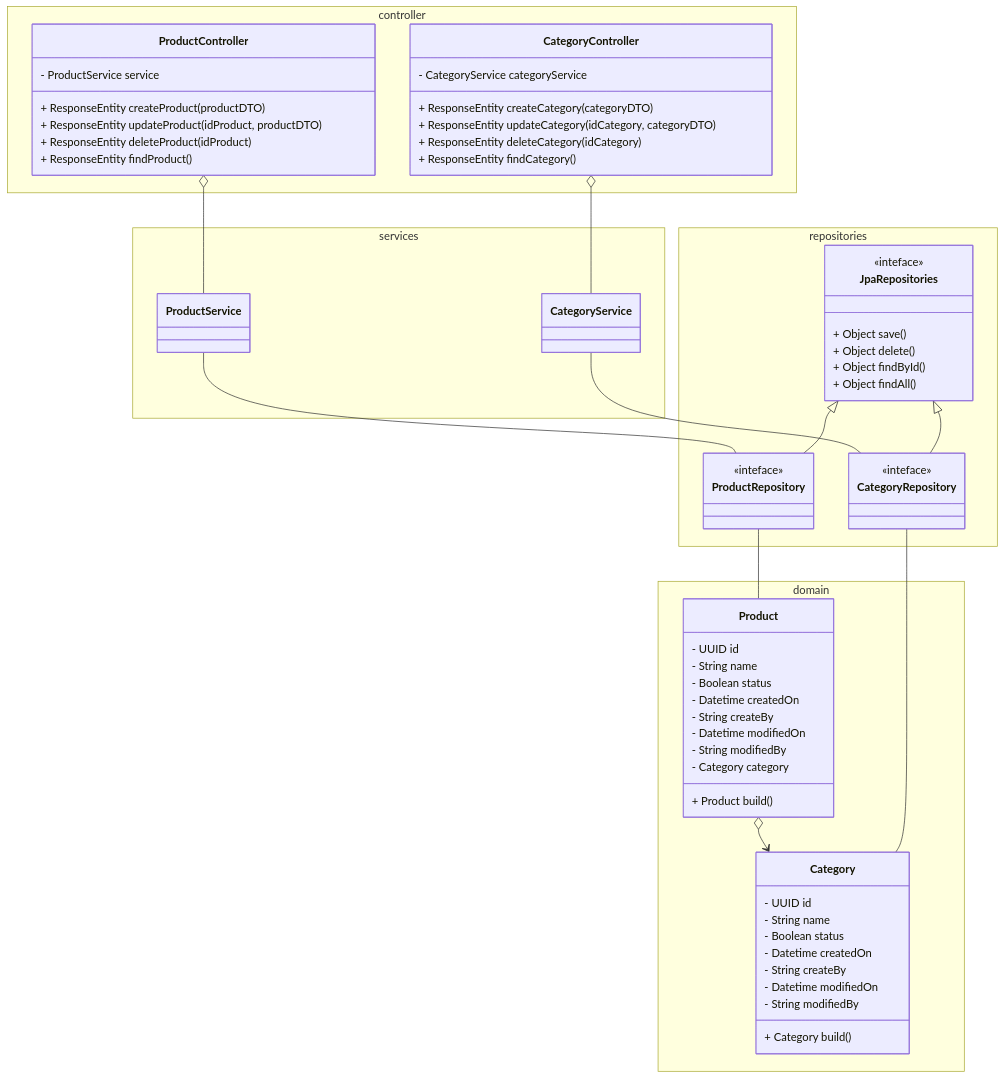
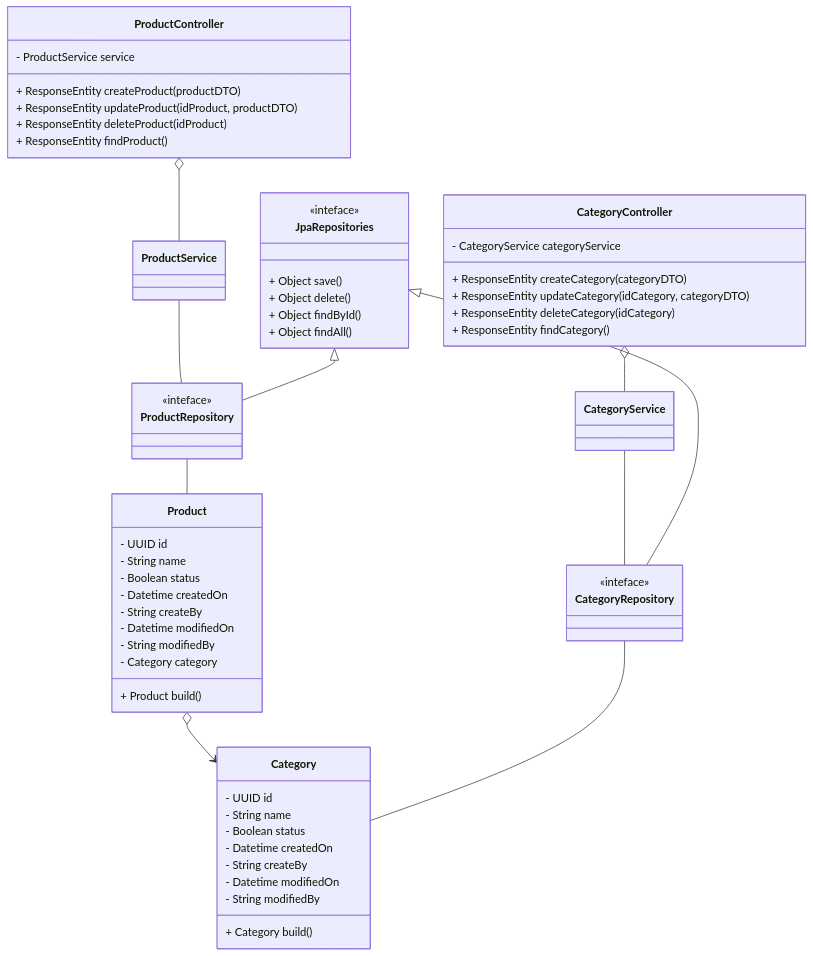
One commit to lgomesb/spring-ms-product-catalog-mgmt changed the second of 2 diagrams in README.md. Above: the diagram before and after it, drawn with Mermaid.

Commit message:
Fixing class diagram in readme file.

````diff
--- a/README.md
+++ b/README.md
@@ -40,86 +40,80 @@
 ```mermaid
 
 classDiagram
 
-    namespace domain {
-        class Category {
-            - UUID id
-            - String name
-            - Boolean status
-            - Datetime createdOn
-            - String createBy
-            - Datetime modifiedOn
-            - String modifiedBy
-            + Category build()
+    class Category {
+        - UUID id
+        - String name
+        - Boolean status
+        - Datetime createdOn
+        - String createBy
+        - Datetime modifiedOn
+        - String modifiedBy
+        + Category build()
+    }
+
+    class Product {
+        - UUID id
+        - String name
+        - Boolean status
+        - Datetime createdOn
+        - String createBy
+        - Datetime modifiedOn
+        - String modifiedBy
+        - Category category
+        + Product build()
+    }    
+
+    class CategoryRepository {
+        <<inteface>>
+
+    }
+
+    class ProductRepository {
+        <<inteface>>
+    }
+
+    class JpaRepositories {
+        <<inteface>>
+        + Object save()
+        + Object delete()
+        + Object findById()
+        + Object findAll()
+    }
+        
+    class ProductController {
+        - ProductService service
+        + ResponseEntity createProduct(productDTO)
+        + ResponseEntity updateProduct(idProduct, productDTO)
+        + ResponseEntity deleteProduct(idProduct)
+        + ResponseEntity findProduct()
+    }
+
+    class CategoryController {
+        - CategoryService categoryService
+        + ResponseEntity createCategory(categoryDTO)
+        + ResponseEntity updateCategory(idCategory, categoryDTO)
+        + ResponseEntity deleteCategory(idCategory)
+        + ResponseEntity findCategory()
         }
 
-        class Product {
-            - UUID id
-            - String name
-            - Boolean status
-            - Datetime createdOn
-            - String createBy
-            - Datetime modifiedOn
-            - String modifiedBy
-            - Category category
-            + Product build()
-        }
-    }
     
-    namespace repositories {
-        class CategoryRepository {
-            <<inteface>>
 
-        }
-
-        class ProductRepository {
-            <<inteface>>
-        }
-
-        class JpaRepositories {
-            <<inteface>>
-            + Object save()
-            + Object delete()
-            + Object findById()
-            + Object findAll()
-        }
-    }
-    namespace controller {
-        class ProductController {
-            - ProductService service
-            + ResponseEntity createProduct(productDTO)
-            + ResponseEntity updateProduct(idProduct, productDTO)
-            + ResponseEntity deleteProduct(idProduct)
-            + ResponseEntity findProduct()
-        }
-
-        class CategoryController {
-            - CategoryService categoryService
-            + ResponseEntity createCategory(categoryDTO)
-            + ResponseEntity updateCategory(idCategory, categoryDTO)
-            + ResponseEntity deleteCategory(idCategory)
-            + ResponseEntity findCategory()
-        }
-
-    }
-    
-    namespace services {
-        class CategoryService
-        class ProductService
-    }
+    class CategoryService
+    class ProductService
     Product o--> Category
     CategoryRepository -- Category
     ProductRepository  -- Product
     CategoryService -- CategoryRepository
     ProductService  -- ProductRepository
     JpaRepositories <|-- ProductRepository
     JpaRepositories <|-- CategoryRepository
     ProductController o-- ProductService
     CategoryController o-- CategoryService
     
 
 
 
 
     
 ```
````
